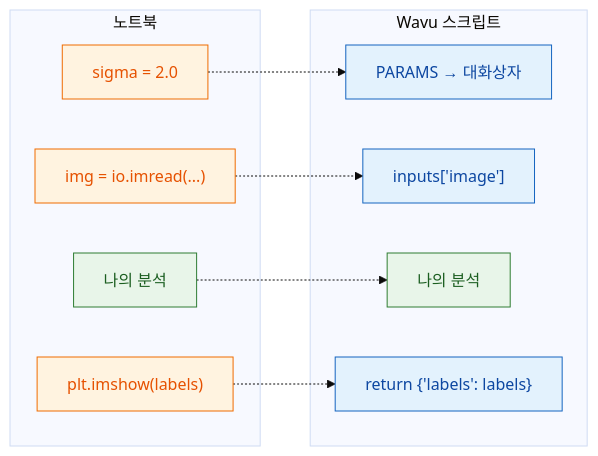
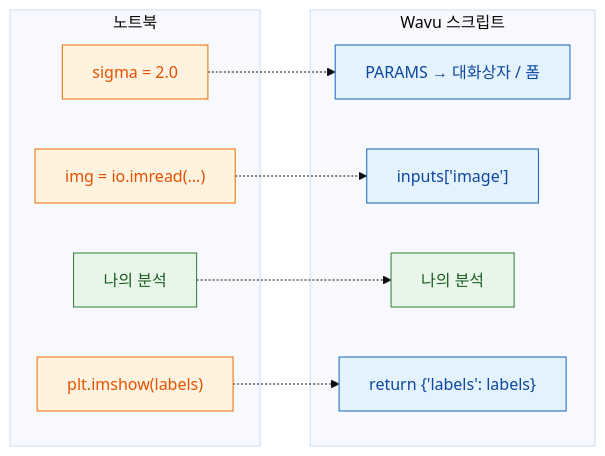
One commit to Oxford-Zeiss-Centre-of-Excellence/Wavu changed the diagram in guide/write/from-notebook.ko.md. Above: the diagram before and after it, drawn with Mermaid (base theme). The commit also changed other lines of this file and 70 other files, not shown here.

````diff
--- a/guide/write/from-notebook.ko.md
+++ b/guide/write/from-notebook.ko.md
@@ -10,23 +12,23 @@
 ```mermaid
 flowchart LR
     subgraph NB["노트북"]
         A1["sigma = 2.0"]:::script
         A2["img = io.imread(...)"]:::script
         A3["나의 분석"]:::worker
         A4["plt.imshow(labels)"]:::script
     end
     subgraph WV["Wavu 스크립트"]
-        B1["PARAMS → 대화상자"]:::fiji
+        B1["PARAMS → 대화상자 / 폼"]:::fiji
         B2["inputs['image']"]:::fiji
         B3["나의 분석"]:::worker
         B4["return {'labels': labels}"]:::fiji
     end
     A1 -.-> B1
     A2 -.-> B2
     A3 -.-> B3
     A4 -.-> B4
 
     classDef fiji   fill:#e3f2fd,stroke:#1565c0,color:#0d47a1
     classDef worker fill:#e8f5e9,stroke:#2e7d32,color:#1b5e20
     classDef script fill:#fff3e0,stroke:#ef6c00,color:#e65100
 ```
````
